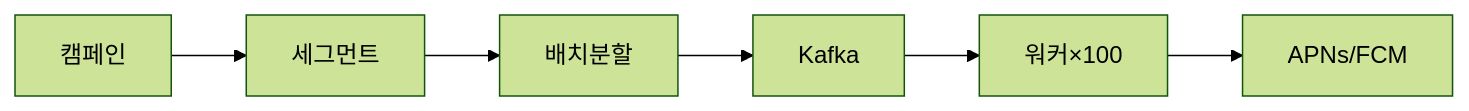
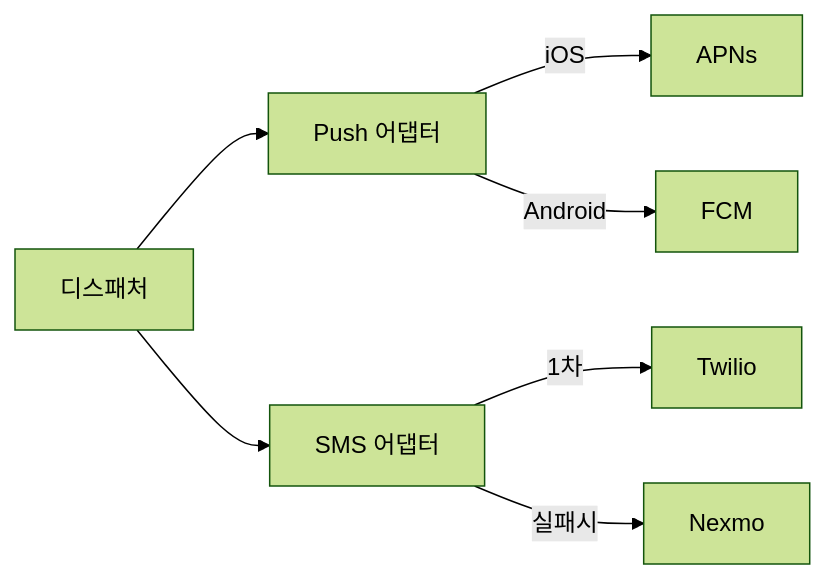
Before and after one commit to yjkim2015/yjkim2015.github.io: the fifth of 5 diagrams in _posts/systemdesign/2026-05-02-system-design-notification.md, drawn with Mermaid (forest theme). The commit also changed other lines of this file and 4 other files, not shown here.

````diff
--- a/_posts/systemdesign/2026-05-02-system-design-notification.md
+++ b/_posts/systemdesign/2026-05-02-system-design-notification.md
@@ -280,8 +1122,9 @@
 ```mermaid
 graph LR
-    A[캠페인] --> B[세그먼트]
-    B --> C[배치분할]
-    C --> D[Kafka]
-    D --> E[워커×100]
-    E --> F[APNs/FCM]
+    D[디스패처] --> PA[Push 어댑터]
+    D --> SA[SMS 어댑터]
+    PA -->|iOS| APNs
+    PA -->|Android| FCM
+    SA -->|1차| Twilio
+    SA -->|실패시| Nexmo
 ```
````
